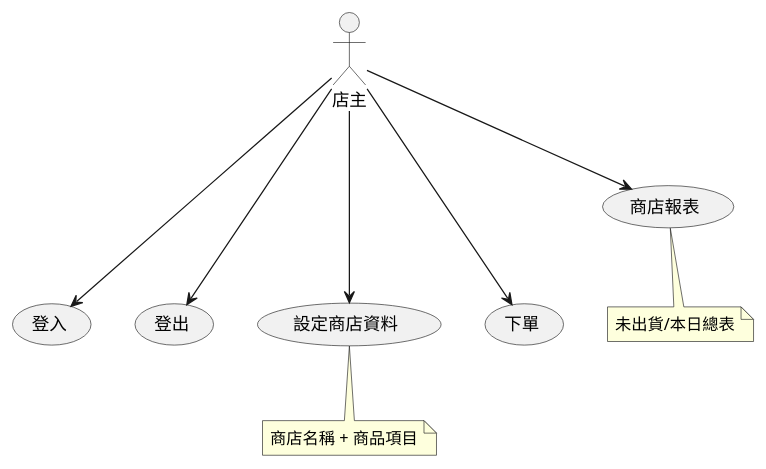
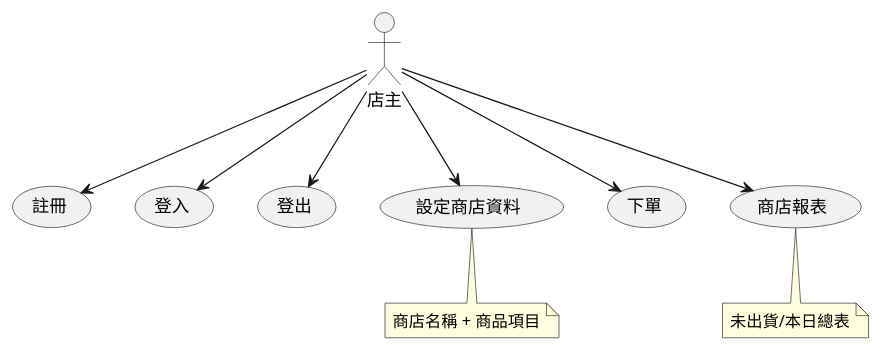
Before and after one commit to cccbook/sejs: the second of 2 diagrams in example/07-analysis/01-usecase/README.md, drawn with PlantUML. The commit also changed other lines of this file, not shown here.

Commit message:
reorganize

````diff
--- a/example/07-analysis/01-usecase/README.md
+++ b/example/07-analysis/01-usecase/README.md
@@ -18,11 +20,12 @@
 ```puml
 @startuml
-店主 ---> (登入)
-店主 ---> (登出)
-店主 ---> (設定商店資料)
+店主 --> (註冊)
+店主 --> (登入)
+店主 --> (登出)
+店主 --> (設定商店資料)
 note bottom of (設定商店資料) : 商店名稱 + 商品項目
-店主 ---> (下單)
+店主 --> (下單)
 店主 --> (商店報表)
 note bottom of (商店報表) : 未出貨/本日總表
 @enduml
 ```
````
